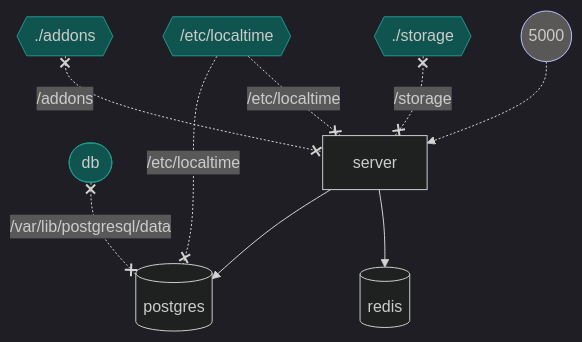
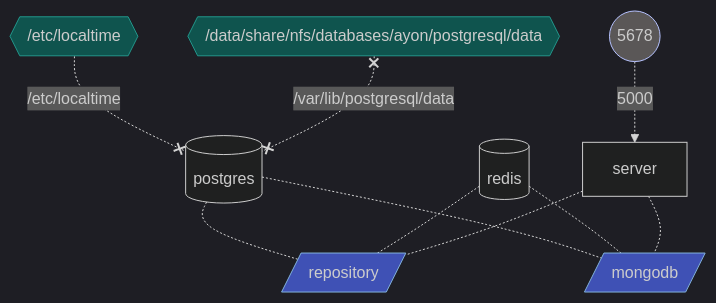
Before and after one commit to michimussato/OpenStudioLandscapes: the diagram in 10.2/mermaid/ayon-docker.mermaid, drawn with Mermaid. The commit also changed 2 other files, not shown here.

```diff
--- a/10.2/mermaid/ayon-docker.mermaid
+++ b/10.2/mermaid/ayon-docker.mermaid
@@ -1,15 +1,18 @@
 %%{init: {'theme': 'dark'}}%%
 flowchart TB
   Vetclocaltime{{/etc/localtime}} -. /etc/localtime .-x postgres[(postgres)]
-  Vdb([db]) x-. /var/lib/postgresql/data .-x postgres
-  Vaddons{{"./addons"}} x-. /addons .-x server
-  Vstorage{{"./storage"}} x-. /storage .-x server
-  Vetclocaltime -. /etc/localtime .-x server
-  server --> postgres
-  server --> redis[(redis)]
-  P0((5000)) -.-> server
+  Vdatasharenfsdatabasesayonpostgresqldata{{/data/share/nfs/databases/ayon/postgresql/data}} x-. /var/lib/postgresql/data .-x postgres
+  P0((5678)) -. 5000 .-> server
+  postgres -.- repository[/repository/]
+  redis[(redis)] -.- repository
+  server -.- repository
+  postgres -.- mongodb[/mongodb/]
+  redis -.- mongodb
+  server -.- mongodb
 
   classDef volumes fill:#0f544e,stroke:#23968b
-  class Vetclocaltime,Vdb,Vaddons,Vstorage,Vetclocaltime volumes
+  class Vetclocaltime,Vdatasharenfsdatabasesayonpostgresqldata volumes
   classDef ports fill:#5a5757,stroke:#b6c2ff
   class P0 ports
+  classDef nets fill:#3f51b5,stroke:#81B1DB
+  class repository,mongodb nets
```
